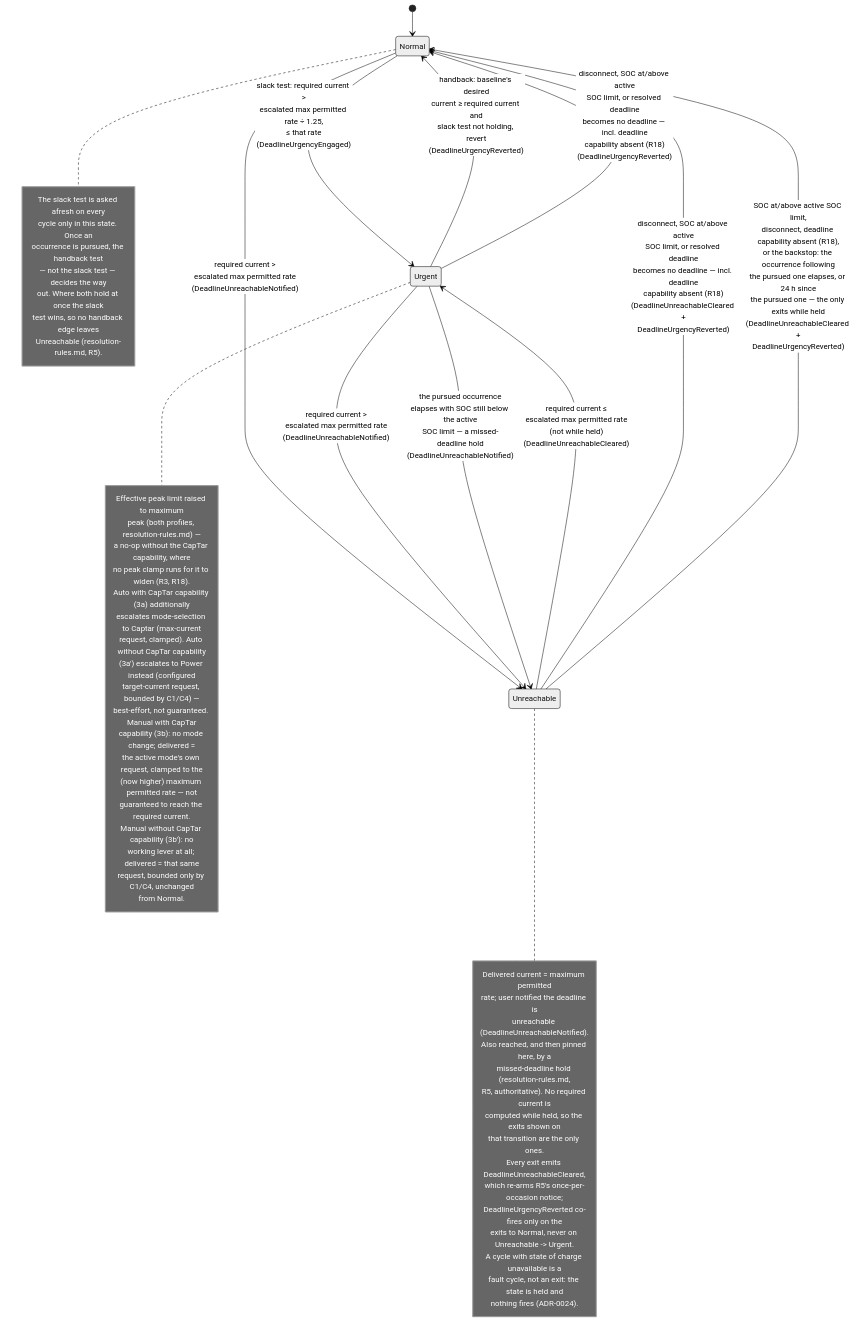
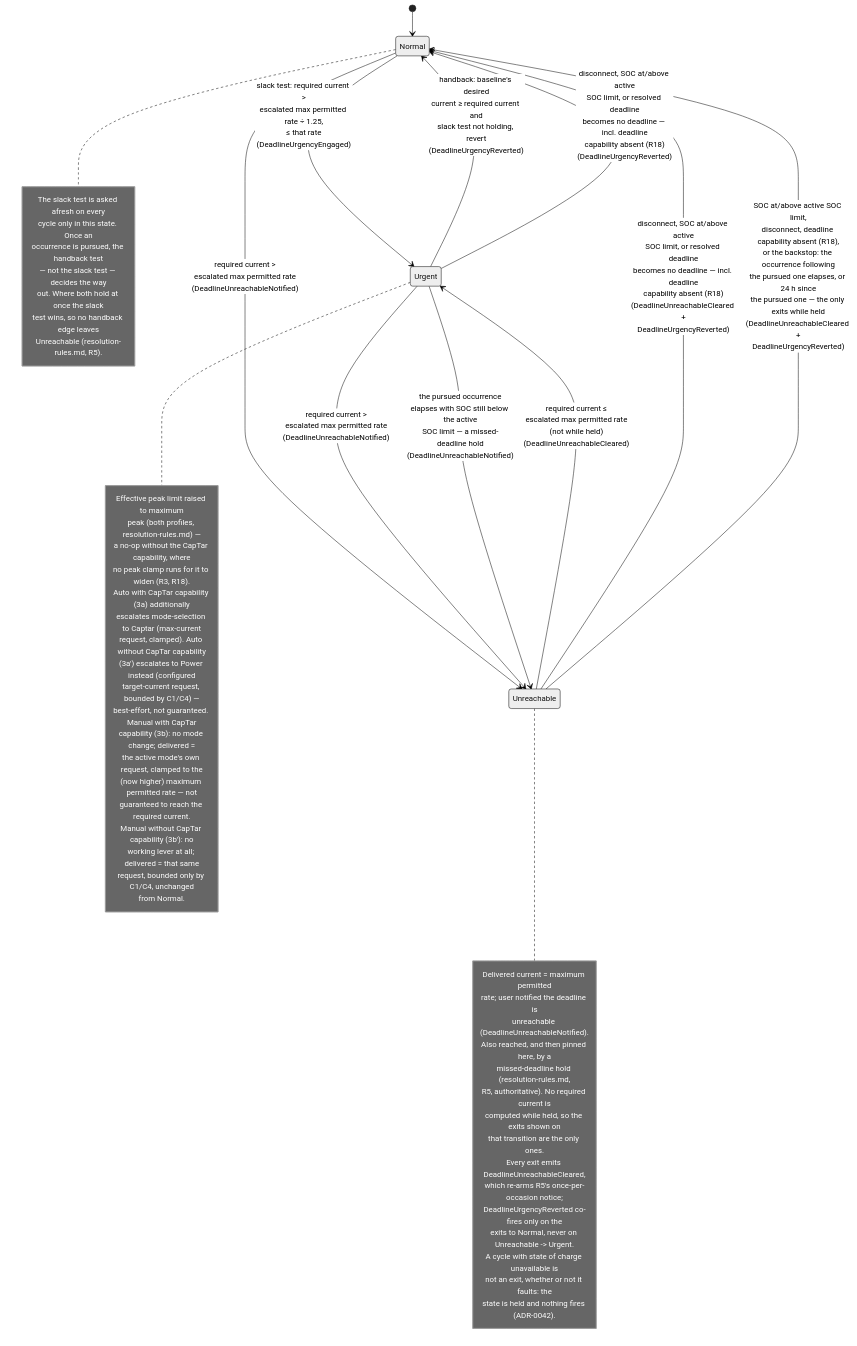
Before and after one commit to kristofdegrave/homeassistant-smart-charging: the diagram in docs/analysis/use-cases/UC05-guarantee-ready-by-departure.md, drawn with Mermaid (neutral theme). The commit also changed other lines of this file and 1 other file, not shown here.

First line of the commit message:
uc: a SOC-unavailable cycle holds UC05's state because it establishes nothing, not because it faults

````diff
--- a/docs/analysis/use-cases/UC05-guarantee-ready-by-departure.md
+++ b/docs/analysis/use-cases/UC05-guarantee-ready-by-departure.md
@@ -111,59 +111,59 @@
 ```mermaid
 stateDiagram-v2
     [*] --> Normal
     Normal --> Urgent: slack test: required current ><br/>escalated max permitted rate ÷ 1.25,<br/>≤ that rate<br/>(DeadlineUrgencyEngaged)
     Normal --> Unreachable: required current ><br/>escalated max permitted rate<br/>(DeadlineUnreachableNotified)
     Urgent --> Normal: handback: baseline's desired<br/>current ≥ required current and<br/>slack test not holding, revert<br/>(DeadlineUrgencyReverted)
     Urgent --> Unreachable: required current ><br/>escalated max permitted rate<br/>(DeadlineUnreachableNotified)
     Urgent --> Unreachable: the pursued occurrence<br/>elapses with SOC still below the active<br/>SOC limit — a missed-deadline hold<br/>(DeadlineUnreachableNotified)
     Urgent --> Normal: disconnect, SOC at/above active<br/>SOC limit, or resolved deadline<br/>becomes no deadline — incl. deadline<br/>capability absent (R18)<br/>(DeadlineUrgencyReverted)
     Unreachable --> Urgent: required current ≤<br/>escalated max permitted rate<br/>(not while held)<br/>(DeadlineUnreachableCleared)
     Unreachable --> Normal: disconnect, SOC at/above active<br/>SOC limit, or resolved deadline<br/>becomes no deadline — incl. deadline<br/>capability absent (R18)<br/>(DeadlineUnreachableCleared +<br/>DeadlineUrgencyReverted)
     Unreachable --> Normal: SOC at/above active SOC limit,<br/>disconnect, deadline capability absent (R18),<br/>or the backstop: the occurrence following<br/>the pursued one elapses, or 24 h since<br/>the pursued one — the only exits while held<br/>(DeadlineUnreachableCleared +<br/>DeadlineUrgencyReverted)
     note right of Normal
         The slack test is asked afresh on every
         cycle only in this state. Once an
         occurrence is pursued, the handback test
         — not the slack test — decides the way
         out. Where both hold at once the slack
         test wins, so no handback edge leaves
         Unreachable (resolution-rules.md, R5).
     end note
     note right of Urgent
         Effective peak limit raised to maximum
         peak (both profiles, resolution-rules.md) —
         a no-op without the CapTar capability, where
         no peak clamp runs for it to widen (R3, R18).
         Auto with CapTar capability (3a) additionally
         escalates mode-selection to Captar (max-current
         request, clamped). Auto without CapTar capability
         (3a′) escalates to Power instead (configured
         target-current request, bounded by C1/C4) —
         best-effort, not guaranteed. Manual with CapTar
         capability (3b): no mode change; delivered =
         the active mode's own request, clamped to the
         (now higher) maximum permitted rate — not
         guaranteed to reach the required current.
         Manual without CapTar capability (3b′): no
         working lever at all; delivered = that same
         request, bounded only by C1/C4, unchanged
         from Normal.
     end note
     note right of Unreachable
         Delivered current = maximum permitted
         rate; user notified the deadline is
         unreachable (DeadlineUnreachableNotified).
         Also reached, and then pinned here, by a
         missed-deadline hold (resolution-rules.md,
         R5, authoritative). No required current is
         computed while held, so the exits shown on
         that transition are the only ones.
         Every exit emits DeadlineUnreachableCleared,
         which re-arms R5's once-per-occasion notice;
         DeadlineUrgencyReverted co-fires only on the
         exits to Normal, never on Unreachable -> Urgent.
-        A cycle with state of charge unavailable is a
-        fault cycle, not an exit: the state is held and
-        nothing fires (ADR-0024).
+        A cycle with state of charge unavailable is
+        not an exit, whether or not it faults: the
+        state is held and nothing fires (ADR-0042).
     end note
 ```
````
